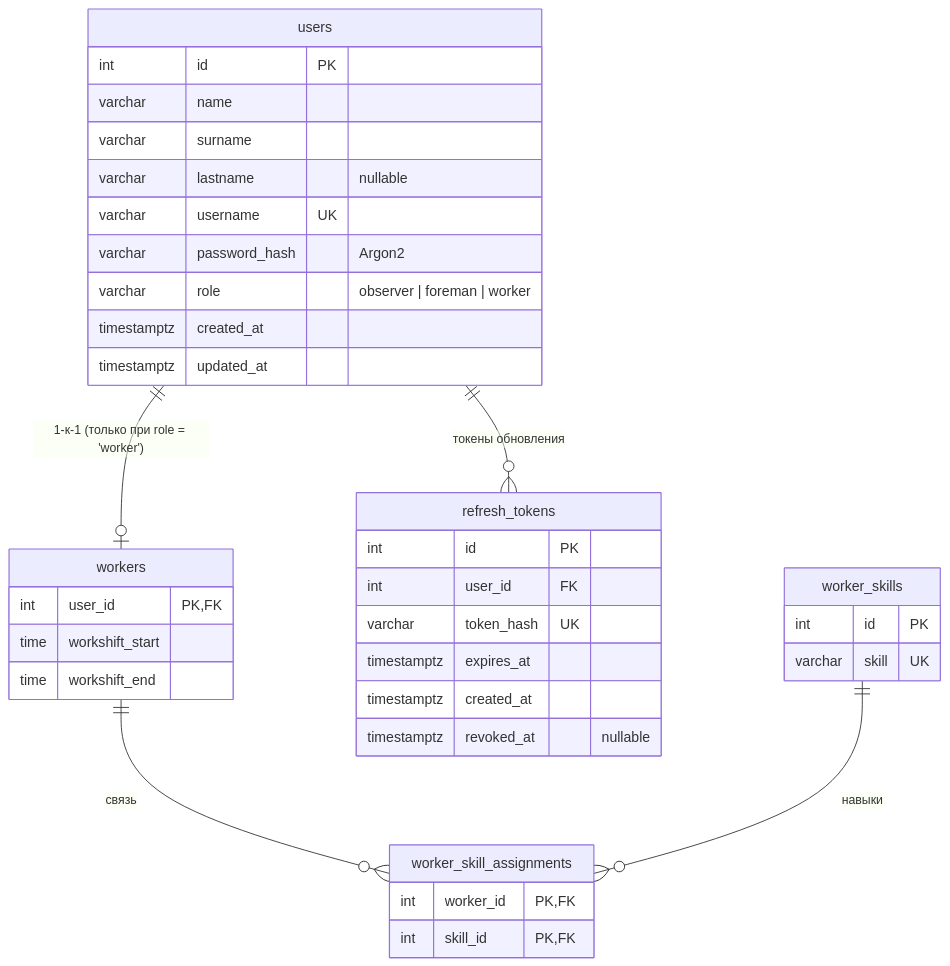
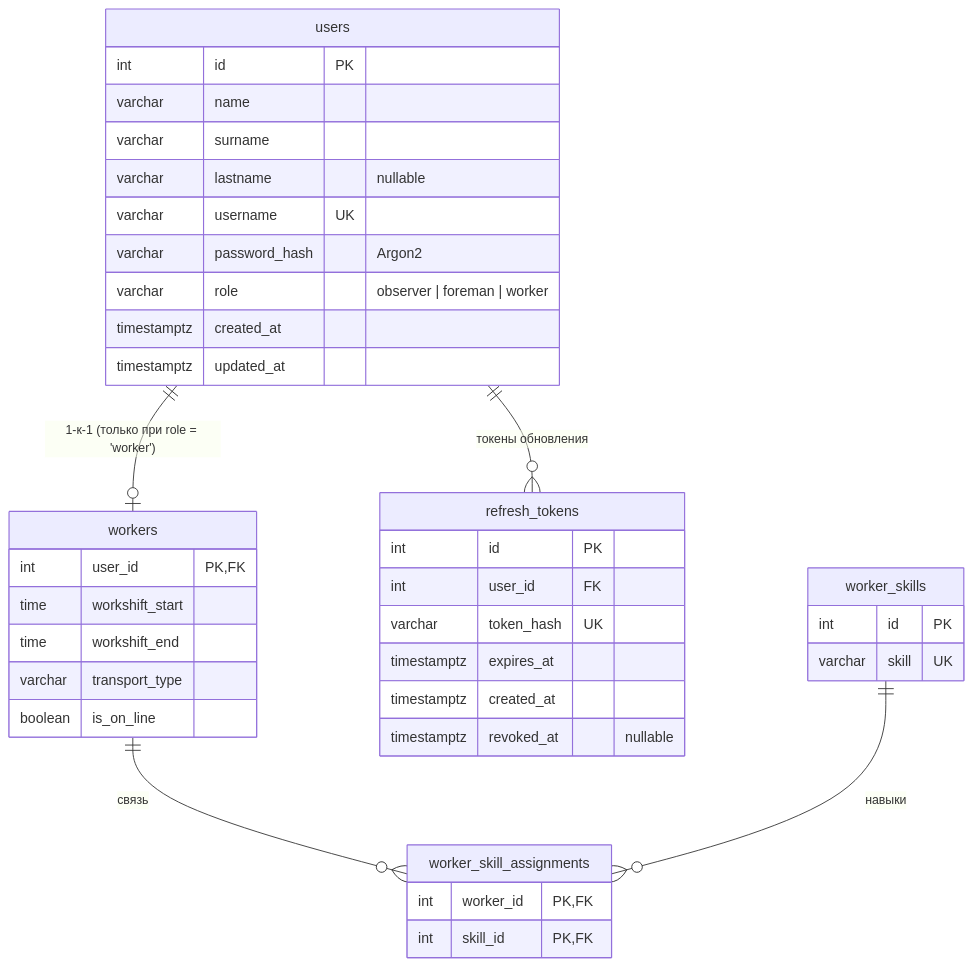
One commit to kiryshahaha/beeline-business changed the second of 2 diagrams in backend/README.md. Above: the diagram before and after it, drawn with Mermaid. The commit also changed other lines of this file and 32 other files, not shown here.

````diff
--- a/backend/README.md
+++ b/backend/README.md
@@ -421,44 +426,46 @@
 ```mermaid
 erDiagram
     users ||--o| workers : "1-к-1 (только при role = 'worker')"
     users ||--o{ refresh_tokens : "токены обновления"
     workers ||--o{ worker_skill_assignments : "связь"
     worker_skills ||--o{ worker_skill_assignments : "навыки"
 
     users {
         int id PK
         varchar name
         varchar surname
         varchar lastname "nullable"
         varchar username UK
         varchar password_hash "Argon2"
         varchar role "observer | foreman | worker"
         timestamptz created_at
         timestamptz updated_at
     }
 
     refresh_tokens {
         int id PK
         int user_id FK
         varchar token_hash UK
         timestamptz expires_at
         timestamptz created_at
         timestamptz revoked_at "nullable"
     }
 
     workers {
         int user_id PK, FK
         time workshift_start
         time workshift_end
+        varchar transport_type
+        boolean is_on_line
     }
 
     worker_skills {
         int id PK
         varchar skill UK
     }
 
     worker_skill_assignments {
         int worker_id PK, FK
         int skill_id PK, FK
     }
 ```
````
